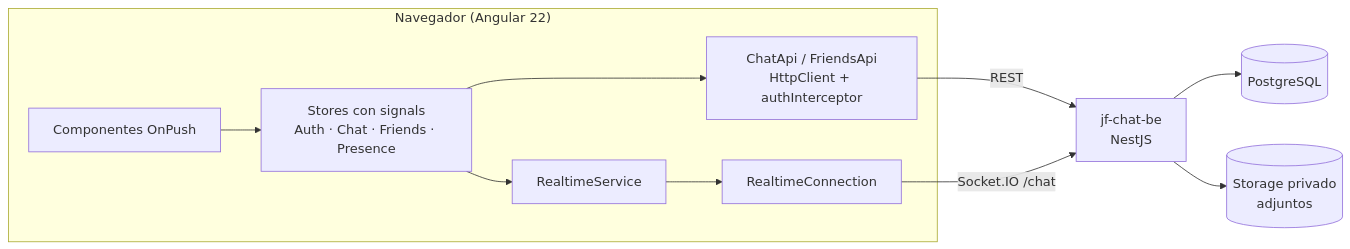
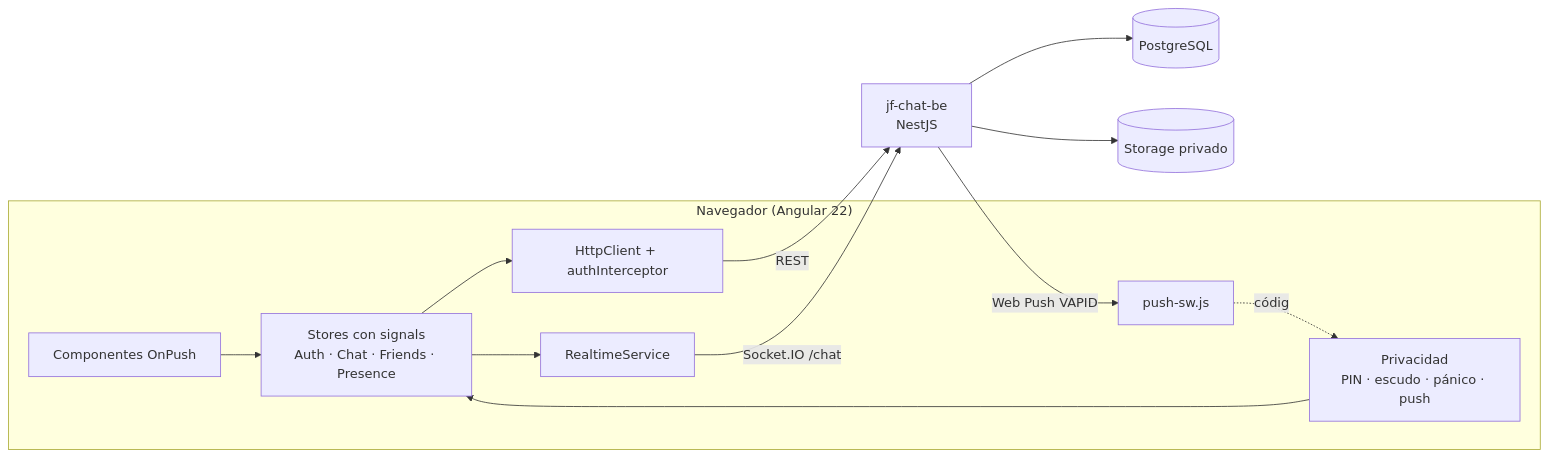
The diagram in README.md (JFredMC/jf-chat), drawn with Mermaid before and after one commit. The commit also changed other lines of this file and 4 other files, not shown here.

Commit message:
Velo: privacidad del dispositivo — visor sin descarga con marca de agua, escudo anticapturas, PIN cifrado, pánico, avisos discretos y README

````diff
--- a/README.md
+++ b/README.md
@@ -59,13 +43,15 @@
 ```mermaid
 flowchart LR
   subgraph Navegador["Navegador (Angular 22)"]
     UI[Componentes OnPush] --> Stores[Stores con signals<br/>Auth · Chat · Friends · Presence]
-    Stores --> Api[ChatApi / FriendsApi<br/>HttpClient + authInterceptor]
+    Priv[Privacidad<br/>PIN · escudo · pánico · push] --> Stores
+    Stores --> Api[HttpClient + authInterceptor]
     Stores --> RT[RealtimeService]
-    RT --> Conn[RealtimeConnection]
+    SW[push-sw.js] -.código.-> Priv
   end
   Api -- REST --> BE[jf-chat-be<br/>NestJS]
-  Conn -- Socket.IO /chat --> BE
+  RT -- Socket.IO /chat --> BE
   BE --> DB[(PostgreSQL)]
-  BE --> S3[(Storage privado<br/>adjuntos)]
+  BE --> S3[(Storage privado)]
+  BE -- Web Push VAPID --> SW
 ```
````
